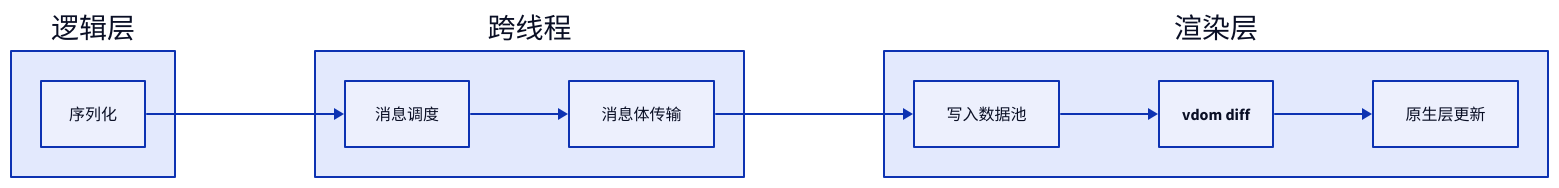
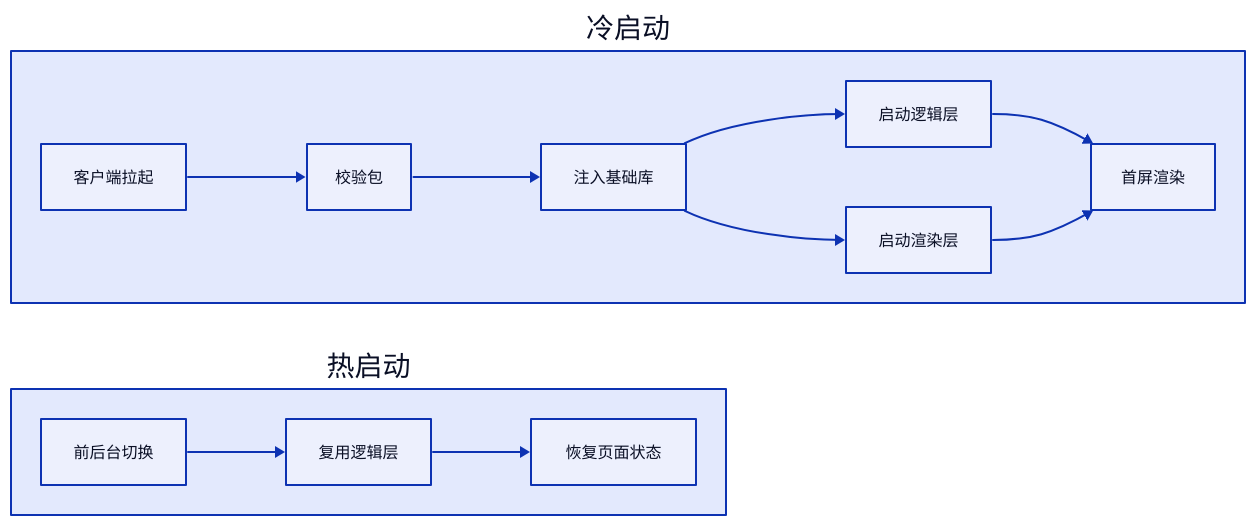
The sixth of 8 diagrams in apps/docs/experiences/微信小程序/原理与实践.md (youngluo/thinking), drawn with D2 before and after one commit. The commit also changed other lines of this file and 3 other files, not shown here.

````diff
--- a/apps/docs/experiences/微信小程序/原理与实践.md
+++ b/apps/docs/experiences/微信小程序/原理与实践.md
@@ -329,26 +366,29 @@
 ```d2
 direction: right
 
-logic: 逻辑层 {
+cold: 冷启动 {
   class: group
 
-  A: 序列化
+  A: 客户端拉起
+  B: 校验包
+  C: 注入基础库
+  D: 启动逻辑层
+  E: 启动渲染层
+  F: 首屏渲染
 }
 
-bridge_layer: 跨线程 {
+hot: 热启动 {
   class: group
 
-  B: 消息调度
-  C: 消息体传输
+  G: 前后台切换
+  H: 复用逻辑层
+  I: 恢复页面状态
 }
 
-view: 渲染层 {
-  class: group
-
-  D: 写入数据池
-  E: vdom diff
-  F: 原生层更新
-}
-
-logic.A -> bridge_layer.B -> bridge_layer.C -> view.D -> view.E -> view.F
+cold.A -> cold.B -> cold.C
+cold.C -> cold.D
+cold.C -> cold.E
+cold.D -> cold.F
+cold.E -> cold.F
+hot.G -> hot.H -> hot.I
 ```
````
